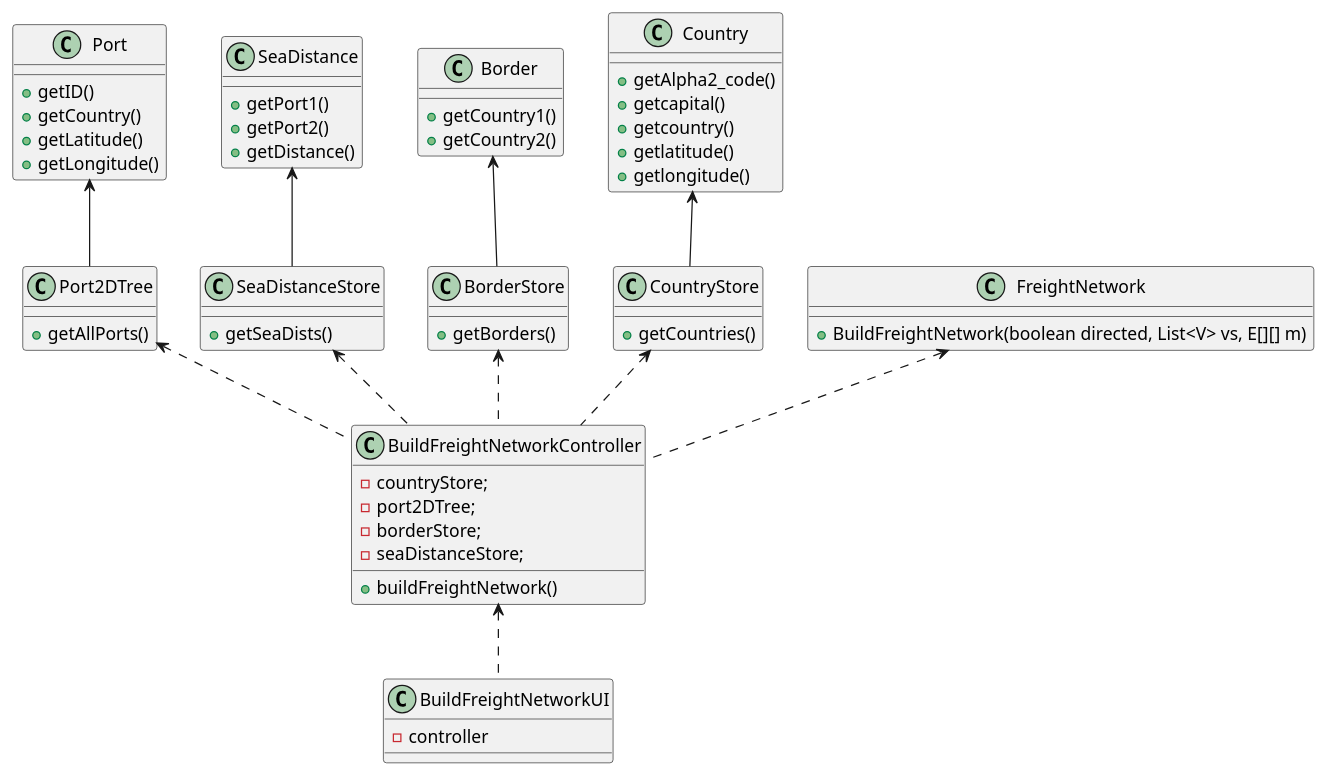
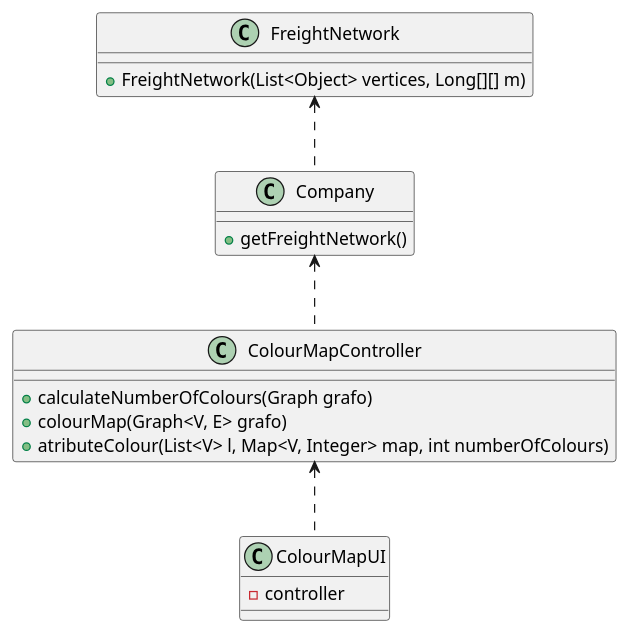
The diagram in docs/Sprint 3/US/US302/US301_CD.puml (1190772/LAB-Project-3), drawn with PlantUML before and after one commit. The commit also changed 20 other files, not shown here.

```diff
--- a/docs/Sprint 3/US/US302/US301_CD.puml
+++ b/docs/Sprint 3/US/US302/US301_CD.puml
@@ -1,73 +1,29 @@
 @startuml
 'https://plantuml.com/class-diagram
 
-class BuildFreightNetworkUI {
+class ColourMapUI {
 - controller
 }
 
-class BuildFreightNetworkController {
-- countryStore;
-- port2DTree;
-- borderStore;
-- seaDistanceStore;
-+ buildFreightNetwork()
+class ColourMapController {
++ calculateNumberOfColours(Graph grafo)
++ colourMap(Graph<V, E> grafo)
++ atributeColour(List<V> l, Map<V, Integer> map, int numberOfColours)
 }
 
-class Port {
-+ getID()
-+ getCountry()
-+ getLatitude()
-+ getLongitude()
+
+class Company {
++ getFreightNetwork()
 }
 
-class Port2DTree {
-+ getAllPorts()
+class FreightNetwork{
++ FreightNetwork(List<Object> vertices, Long[][] m)
 }
 
-class SeaDistance {
-+ getPort1()
-+ getPort2()
-+ getDistance()
-}
+ColourMapController <.. ColourMapUI
+Company <.. ColourMapController
+FreightNetwork <.. Company
 
-class SeaDistanceStore {
-+ getSeaDists()
-}
 
-class Border {
-+ getCountry1()
-+ getCountry2()
-}
-
-class BorderStore {
-+ getBorders()
-}
-
-class Country {
-+ getAlpha2_code()
-+ getcapital()
-+ getcountry()
-+ getlatitude()
-+ getlongitude()
-}
-
-class CountryStore {
-+ getCountries()
-}
-
-class FreightNetwork {
-+ BuildFreightNetwork(boolean directed, List<V> vs, E[][] m)
-}
-
-BuildFreightNetworkController <.. BuildFreightNetworkUI
-FreightNetwork <.. BuildFreightNetworkController
-Port2DTree <.. BuildFreightNetworkController
-SeaDistanceStore <.. BuildFreightNetworkController
-BorderStore <.. BuildFreightNetworkController
-CountryStore <.. BuildFreightNetworkController
-Port <-- Port2DTree
-SeaDistance <-- SeaDistanceStore
-Border <-- BorderStore
-Country <-- CountryStore
 
 @enduml
```
